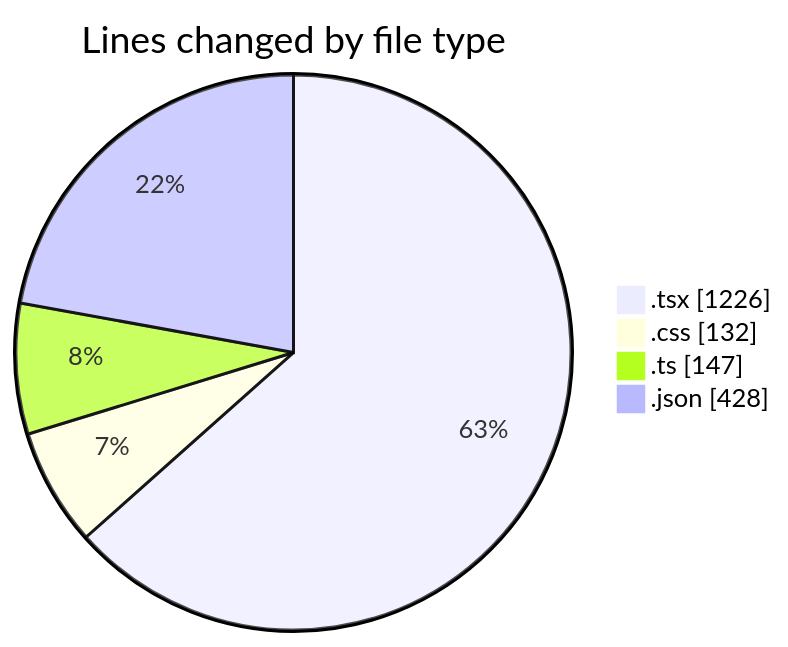
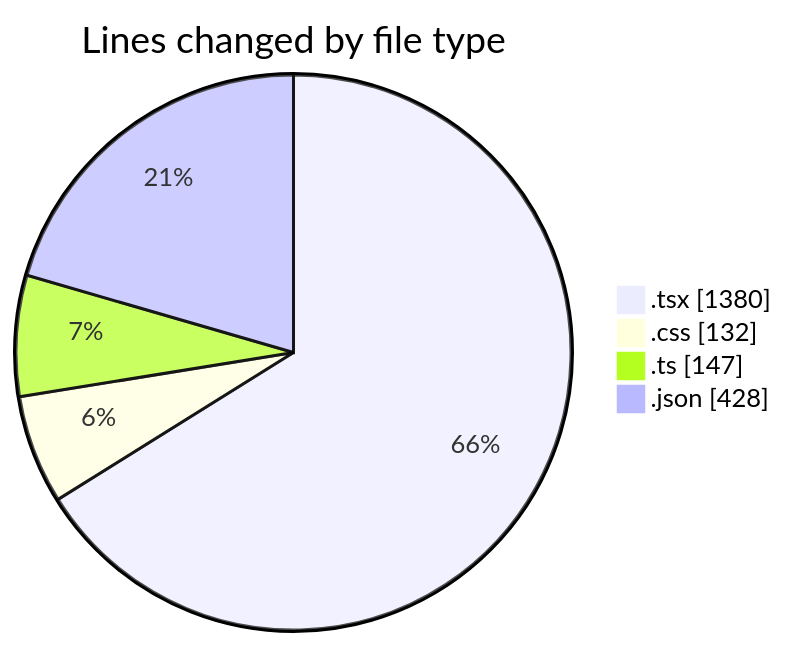
One commit to Elitesun/code-tracking changed the first of 2 diagrams in 2025-05-06/niten/README.md. Above: the diagram before and after it, drawn with Mermaid. The commit also changed other lines of this file and 1 other file, not shown here.

````diff
--- a/2025-05-06/niten/README.md
+++ b/2025-05-06/niten/README.md
@@ -44,8 +46,8 @@
 ```mermaid
 pie showData
 title Lines changed by file type
-".tsx" : 1226
+".tsx" : 1380
 ".css" : 132
 ".ts" : 147
 ".json" : 428
 ```
````
